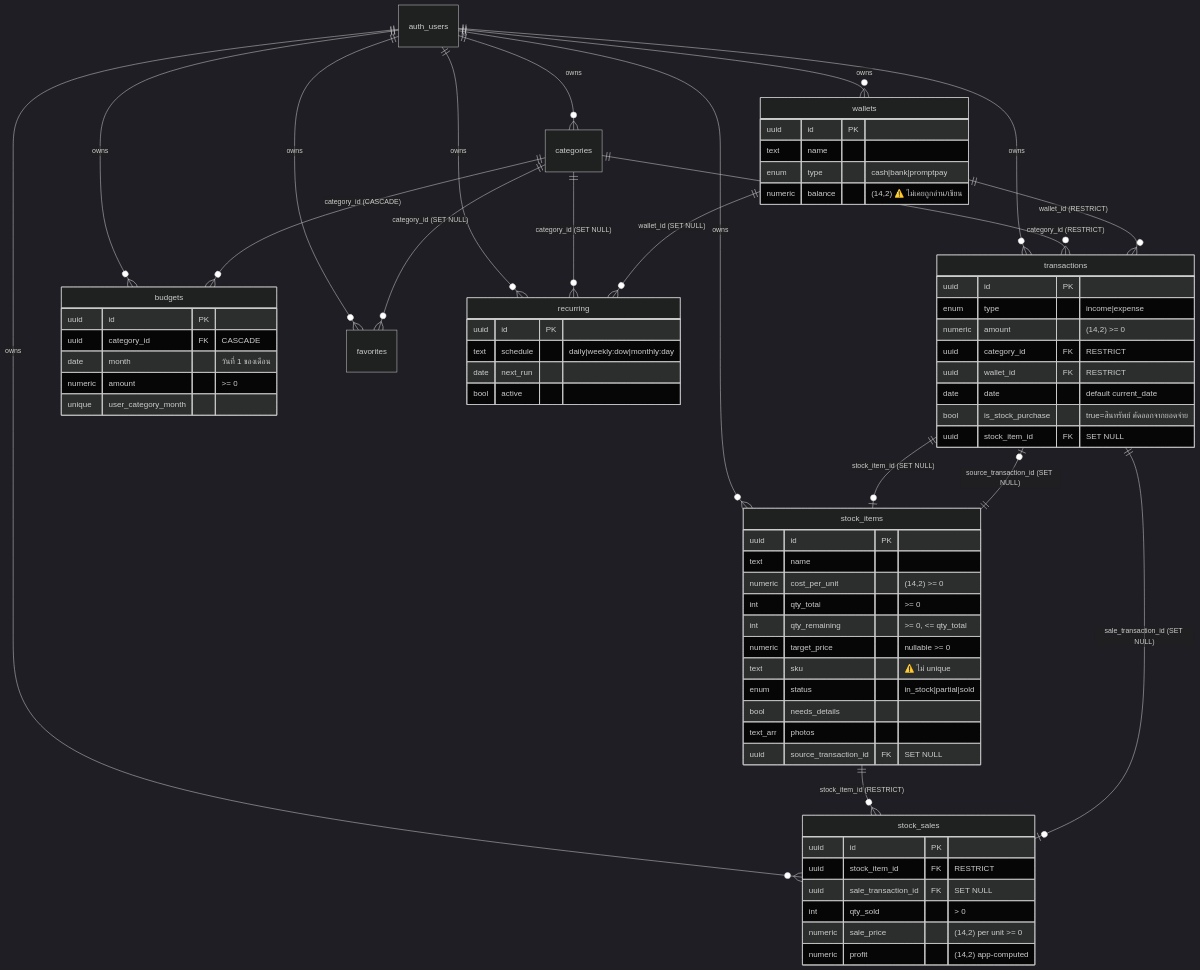
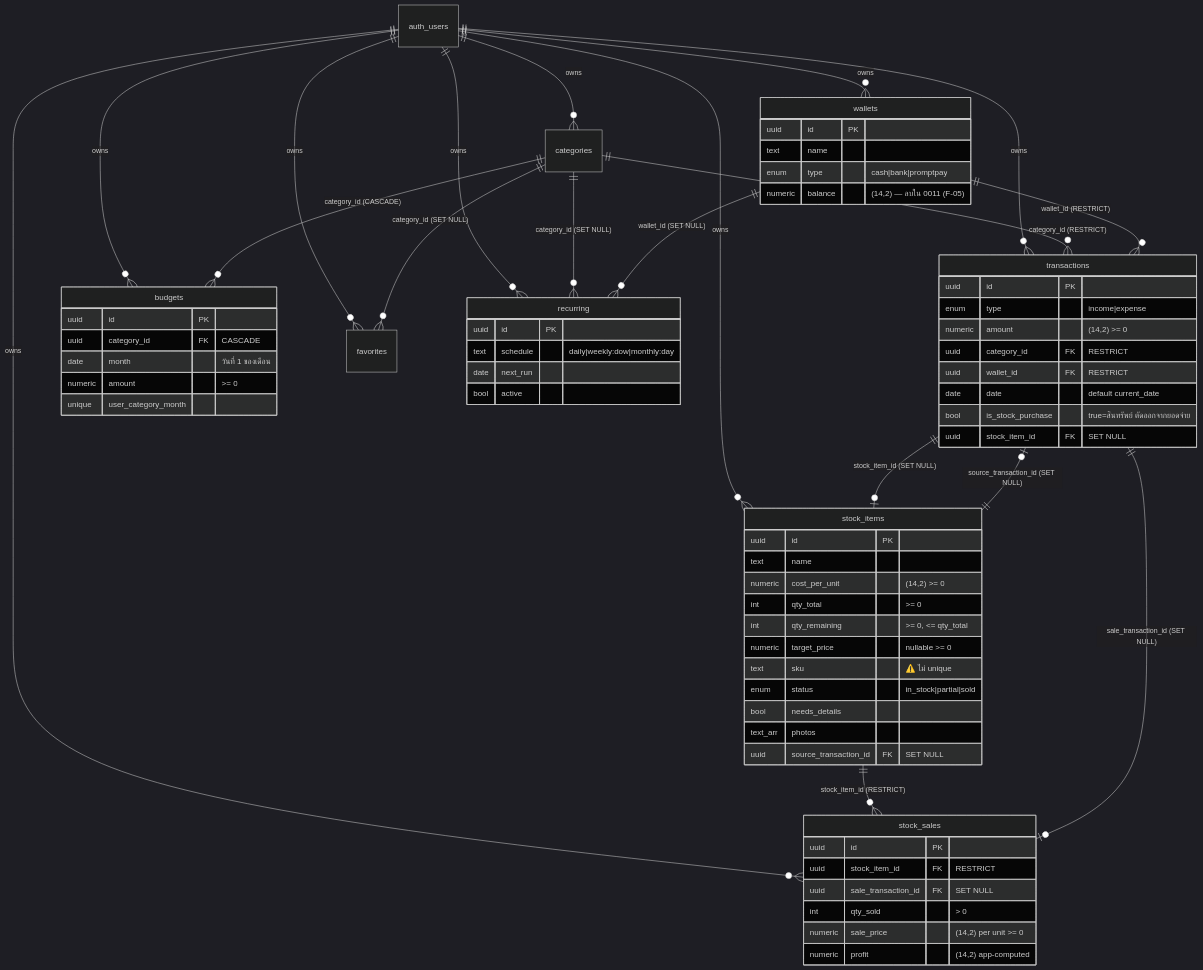
Before and after one commit to morganstyffs/stash-web: the diagram in docs/PROJECT_AUDIT.md, drawn with Mermaid (dark theme). The commit also changed other lines of this file, not shown here.

````diff
--- a/docs/PROJECT_AUDIT.md
+++ b/docs/PROJECT_AUDIT.md
@@ -112,74 +112,74 @@
 ```mermaid
 erDiagram
     auth_users ||--o{ wallets : owns
     auth_users ||--o{ categories : owns
     auth_users ||--o{ transactions : owns
     auth_users ||--o{ stock_items : owns
     auth_users ||--o{ stock_sales : owns
     auth_users ||--o{ budgets : owns
     auth_users ||--o{ favorites : owns
     auth_users ||--o{ recurring : owns
 
     categories ||--o{ transactions : "category_id (RESTRICT)"
     wallets    ||--o{ transactions : "wallet_id (RESTRICT)"
     categories ||--o{ budgets : "category_id (CASCADE)"
     categories ||--o{ favorites : "category_id (SET NULL)"
     categories ||--o{ recurring : "category_id (SET NULL)"
     wallets    ||--o{ recurring : "wallet_id (SET NULL)"
 
     transactions ||--o| stock_items : "stock_item_id (SET NULL)"
     stock_items  ||--o| transactions : "source_transaction_id (SET NULL)"
     stock_items  ||--o{ stock_sales : "stock_item_id (RESTRICT)"
     transactions ||--o| stock_sales : "sale_transaction_id (SET NULL)"
 
     transactions {
         uuid id PK
         enum type "income|expense"
         numeric amount "(14,2) >= 0"
         uuid category_id FK "RESTRICT"
         uuid wallet_id FK "RESTRICT"
         date date "default current_date"
         bool is_stock_purchase "true=สินทรัพย์ ตัดออกจากยอดจ่าย"
         uuid stock_item_id FK "SET NULL"
     }
     stock_items {
         uuid id PK
         text name
         numeric cost_per_unit "(14,2) >= 0"
         int qty_total ">= 0"
         int qty_remaining ">= 0, <= qty_total"
         numeric target_price "nullable >= 0"
         text sku "⚠️ ไม่ unique"
         enum status "in_stock|partial|sold"
         bool needs_details
         text_arr photos
         uuid source_transaction_id FK "SET NULL"
     }
     stock_sales {
         uuid id PK
         uuid stock_item_id FK "RESTRICT"
         uuid sale_transaction_id FK "SET NULL"
         int qty_sold "> 0"
         numeric sale_price "(14,2) per unit >= 0"
         numeric profit "(14,2) app-computed"
     }
     wallets {
         uuid id PK
         text name
         enum type "cash|bank|promptpay"
-        numeric balance "(14,2) ⚠️ ไม่เคยถูกอ่าน/เขียน"
+        numeric balance "(14,2) — ลบใน 0011 (F-05)"
     }
     budgets {
         uuid id PK
         uuid category_id FK "CASCADE"
         date month "วันที่ 1 ของเดือน"
         numeric amount ">= 0"
         unique user_category_month
     }
     recurring {
         uuid id PK
         text schedule "daily|weekly:dow|monthly:day"
         date next_run
         bool active
     }
 ```
````
